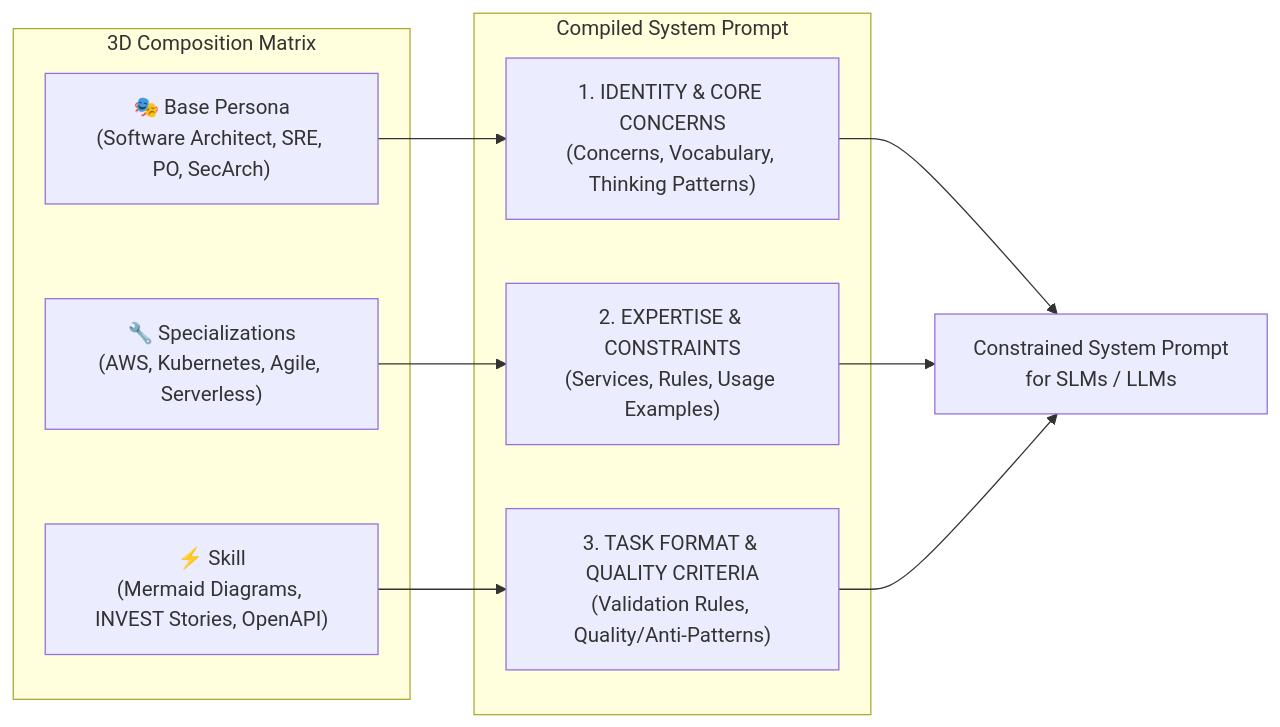
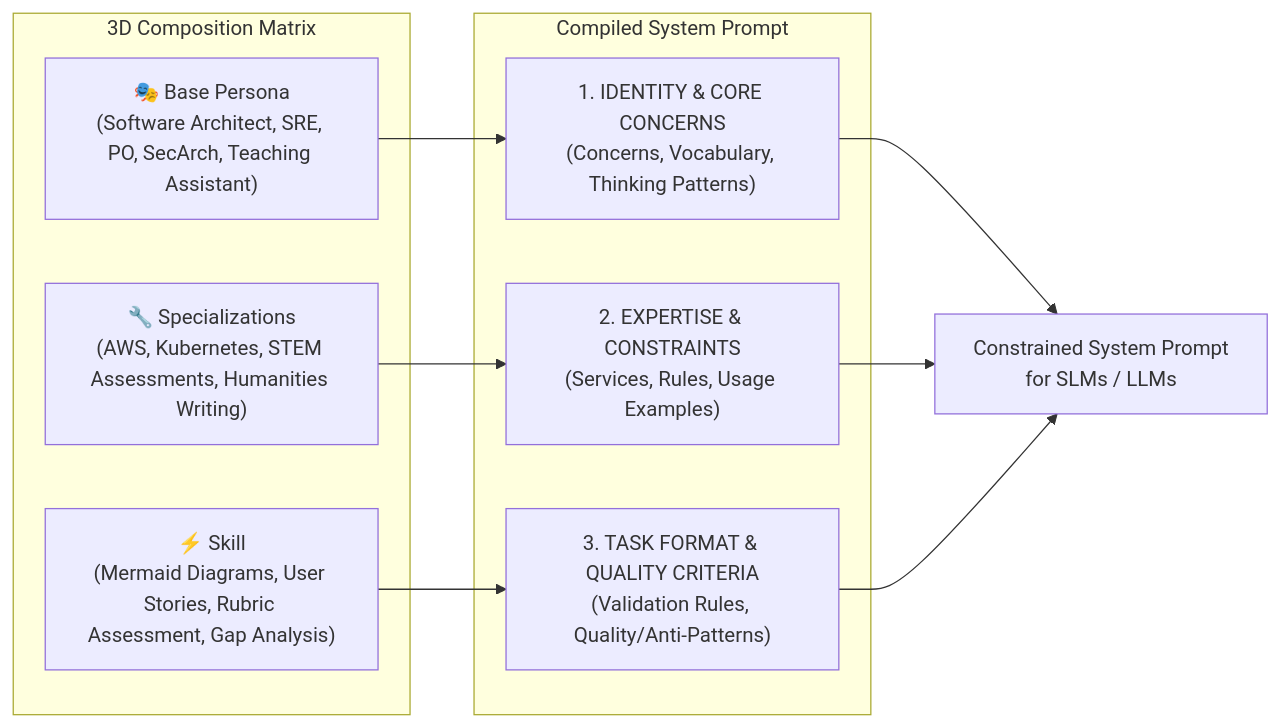
The second of 2 diagrams in docs/architecture.md (petergdoyle/actor-factory), drawn with Mermaid before and after one commit. The commit also changed other lines of this file and 13 other files, not shown here.

Commit message:
feat: add Prompt Audit Engine, K-12 Education domain, rubric file upload, domain-to-actor association filtering, and seed docs

````diff
--- a/docs/architecture.md
+++ b/docs/architecture.md
@@ -59,22 +64,22 @@
 ```mermaid
 flowchart LR
     subgraph Matrix["3D Composition Matrix"]
-        P["🎭 Base Persona\n(Software Architect, SRE, PO, SecArch)"]
-        S["🔧 Specializations\n(AWS, Kubernetes, Agile, Serverless)"]
-        K["⚡ Skill\n(Mermaid Diagrams, INVEST Stories, OpenAPI)"]
+        P["🎭 Base Persona<br/>(Software Architect, SRE, PO, SecArch, Teaching Assistant)"]
+        S["🔧 Specializations<br/>(AWS, Kubernetes, STEM Assessments, Humanities Writing)"]
+        K["⚡ Skill<br/>(Mermaid Diagrams, User Stories, Rubric Assessment, Gap Analysis)"]
     end
 
     subgraph Preamble["Compiled System Prompt"]
-        I["1. IDENTITY & CORE CONCERNS\n(Concerns, Vocabulary, Thinking Patterns)"]
-        E["2. EXPERTISE & CONSTRAINTS\n(Services, Rules, Usage Examples)"]
-        F["3. TASK FORMAT & QUALITY CRITERIA\n(Validation Rules, Quality/Anti-Patterns)"]
+        I["1. IDENTITY & CORE CONCERNS<br/>(Concerns, Vocabulary, Thinking Patterns)"]
+        E["2. EXPERTISE & CONSTRAINTS<br/>(Services, Rules, Usage Examples)"]
+        F["3. TASK FORMAT & QUALITY CRITERIA<br/>(Validation Rules, Quality/Anti-Patterns)"]
     end
 
     P --> I
     S --> E
     K --> F
 
-    I --> PREAMBLE["Constrained System Prompt\nfor SLMs / LLMs"]
+    I --> PREAMBLE["Constrained System Prompt<br/>for SLMs / LLMs"]
     E --> PREAMBLE
     F --> PREAMBLE
 ```
````
